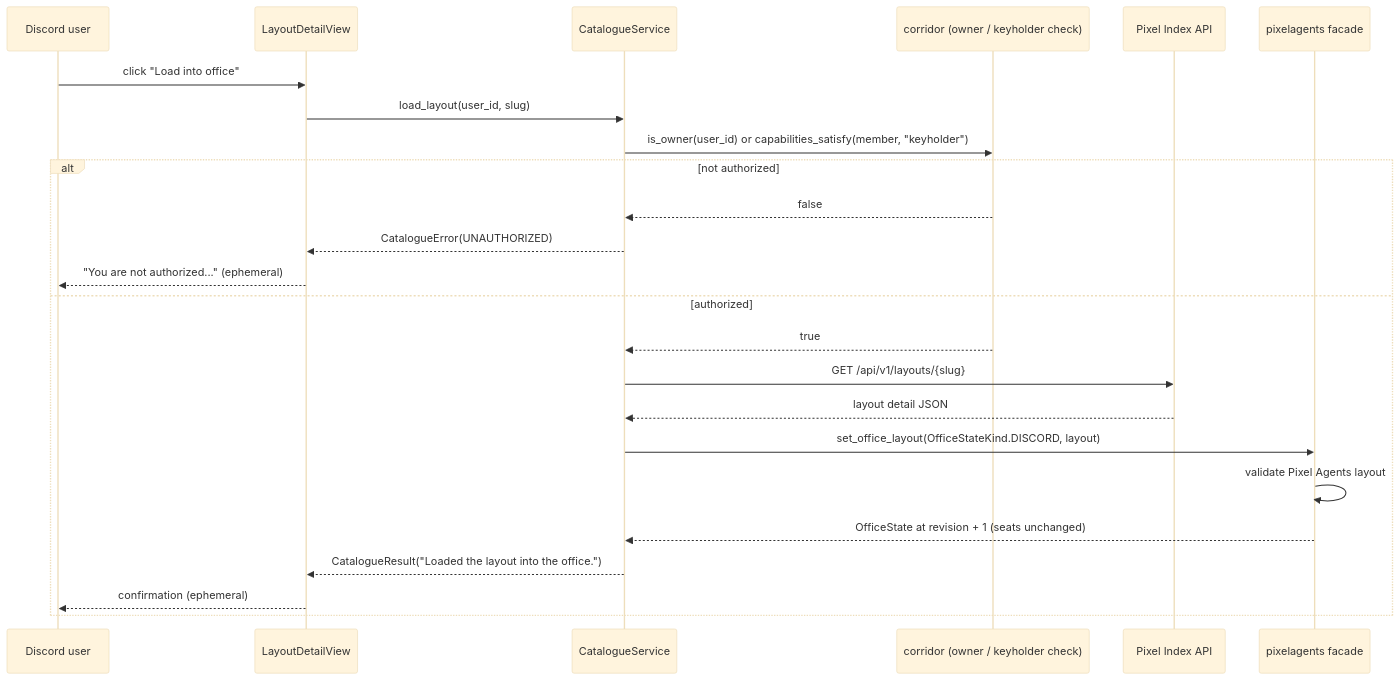
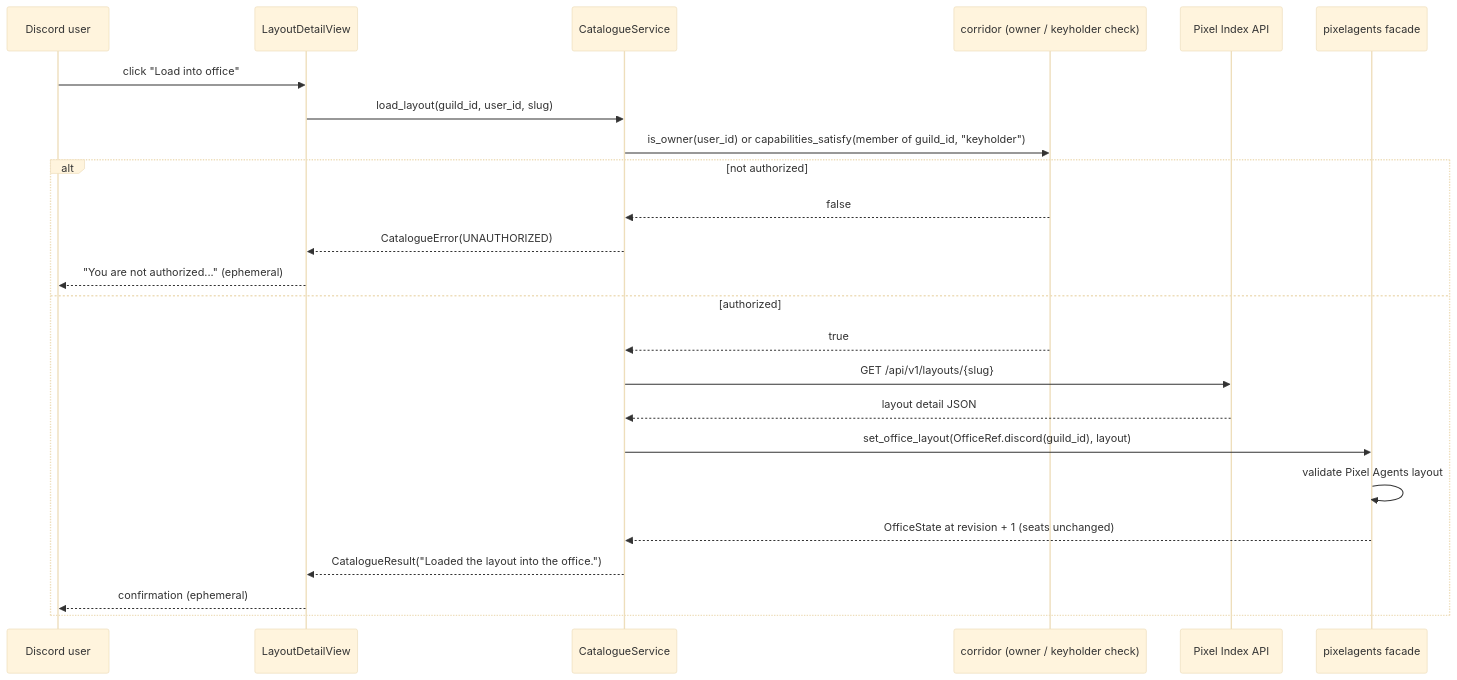
The third of 3 diagrams in floorplan/Architecture.md (pixel-agents-hq/pixel-agents-cogs), drawn with Mermaid (base theme) before and after one commit. The commit also changed other lines of this file and 74 other files, not shown here.

First line of the commit message:
feat(cctv,corridor,pixelagents,floorplan): one Pixel Agents office per Discord server (#107)

````diff
--- a/floorplan/Architecture.md
+++ b/floorplan/Architecture.md
@@ -115,27 +115,27 @@
 ```mermaid
 sequenceDiagram
     participant U as Discord user
     participant V as LayoutDetailView
     participant Svc as CatalogueService
     participant C as corridor (owner / keyholder check)
     participant I as Pixel Index API
     participant P as pixelagents facade
 
     U->>V: click "Load into office"
-    V->>Svc: load_layout(user_id, slug)
-    Svc->>C: is_owner(user_id) or capabilities_satisfy(member, "keyholder")
+    V->>Svc: load_layout(guild_id, user_id, slug)
+    Svc->>C: is_owner(user_id) or capabilities_satisfy(member of guild_id, "keyholder")
     alt not authorized
         C-->>Svc: false
         Svc-->>V: CatalogueError(UNAUTHORIZED)
         V-->>U: "You are not authorized..." (ephemeral)
     else authorized
         C-->>Svc: true
         Svc->>I: GET /api/v1/layouts/{slug}
         I-->>Svc: layout detail JSON
-        Svc->>P: set_office_layout(OfficeStateKind.DISCORD, layout)
+        Svc->>P: set_office_layout(OfficeRef.discord(guild_id), layout)
         P->>P: validate Pixel Agents layout
         P-->>Svc: OfficeState at revision + 1 (seats unchanged)
         Svc-->>V: CatalogueResult("Loaded the layout into the office.")
         V-->>U: confirmation (ephemeral)
     end
 ```
````
